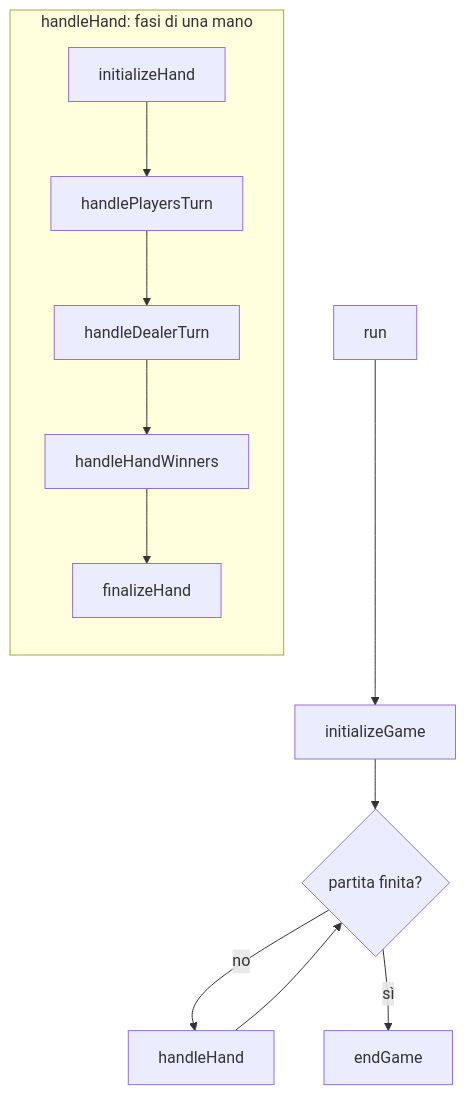
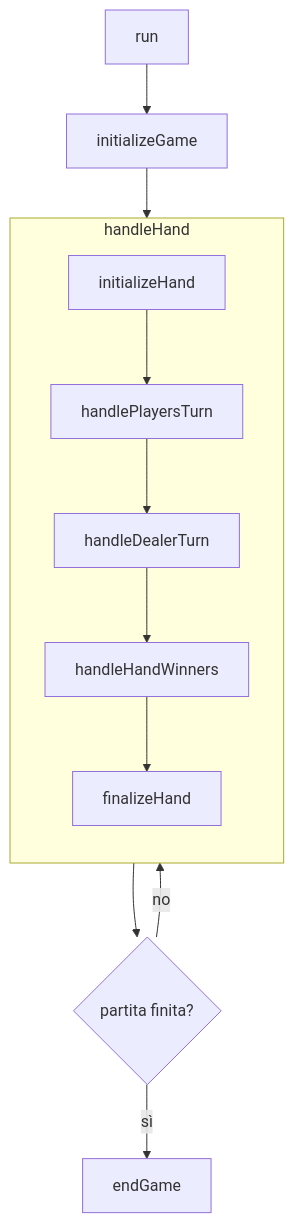
Before and after one commit to NicoForlivesi/PPS-26-scalajack: the diagram in docs/report/design/controller.md, drawn with Mermaid. The commit also changed other lines of this file and 9 other files, not shown here.

````diff
--- a/docs/report/design/controller.md
+++ b/docs/report/design/controller.md
@@ -16,16 +19,16 @@
 ```mermaid
 flowchart TD
     A[run] --> B[initializeGame]
-    B --> C{partita finita?}
-    C -- no --> D[handleHand]
-    D --> C
-    C -- sì --> E[endGame]
+    B --> HH
+    HH --> C{partita finita?}
+    C -- no --> HH
+    C -- sì --> Z[endGame]
 
-    subgraph handleHand[handleHand: fasi di una mano]
+    subgraph HH[handleHand]
         direction TB
-        H1[initializeHand] --> H2[handlePlayersTurn]
-        H2 --> H3[handleDealerTurn]
-        H3 --> H4[handleHandWinners]
-        H4 --> H5[finalizeHand]
+        D1[initializeHand] --> D2[handlePlayersTurn]
+        D2 --> D3[handleDealerTurn]
+        D3 --> D4[handleHandWinners]
+        D4 --> D5[finalizeHand]
     end
 ```
````
